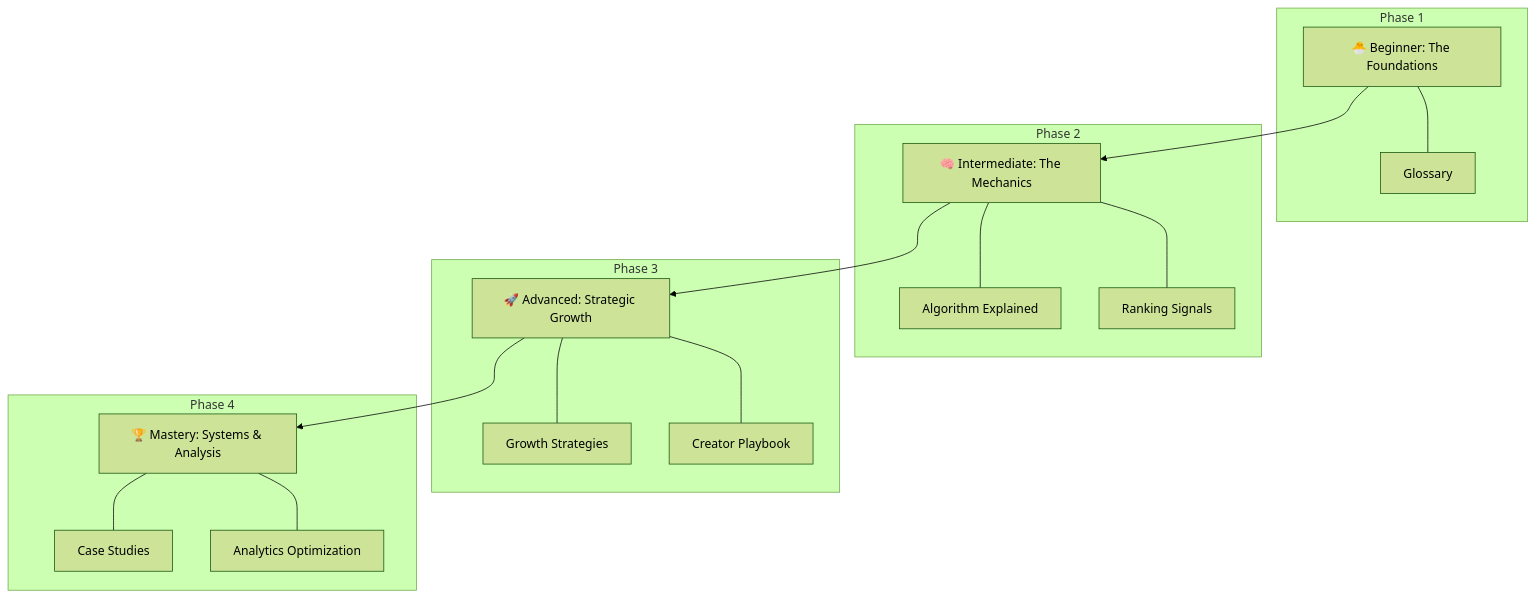
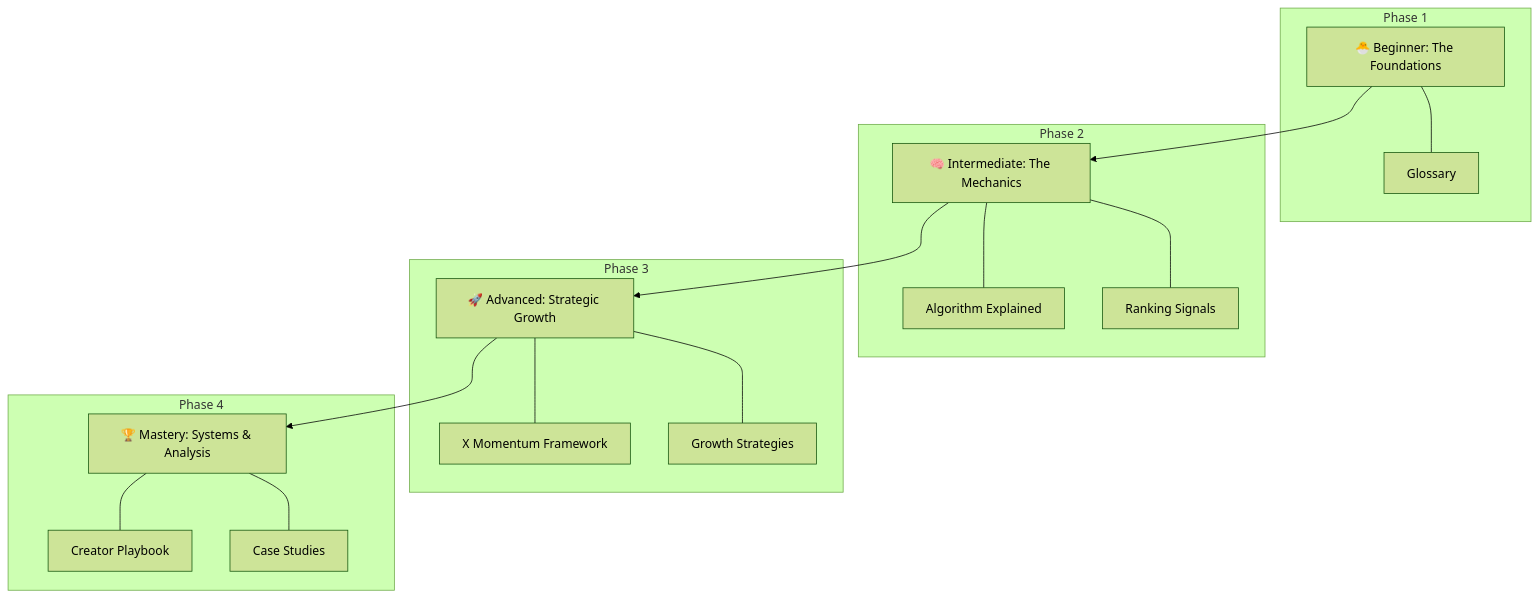
One commit to Hustlenix/X-growth-lab changed the first of 2 diagrams in README.md. Above: the diagram before and after it, drawn with Mermaid (forest theme). The commit also changed other lines of this file and 3 other files, not shown here.

First line of the commit message:
Implement 'The X Momentum Framework' (XMF) as signature methodology

````diff
--- a/README.md
+++ b/README.md
@@ -25,25 +37,25 @@
 ```mermaid
 graph TD
     A[🐣 Beginner: The Foundations] --> B[🧠 Intermediate: The Mechanics]
     B --> C[🚀 Advanced: Strategic Growth]
     C --> D[🏆 Mastery: Systems & Analysis]
 
     subgraph "Phase 1"
     A --- A1[Glossary]
     end
 
     subgraph "Phase 2"
     B --- B1[Algorithm Explained]
     B --- B2[Ranking Signals]
     end
 
     subgraph "Phase 3"
-    C --- C1[Growth Strategies]
-    C --- C2[Creator Playbook]
+    C --- C1[X Momentum Framework]
+    C --- C2[Growth Strategies]
     end
 
     subgraph "Phase 4"
-    D --- D1[Case Studies]
-    D --- D2[Analytics Optimization]
+    D --- D1[Creator Playbook]
+    D --- D2[Case Studies]
     end
 ```
````
